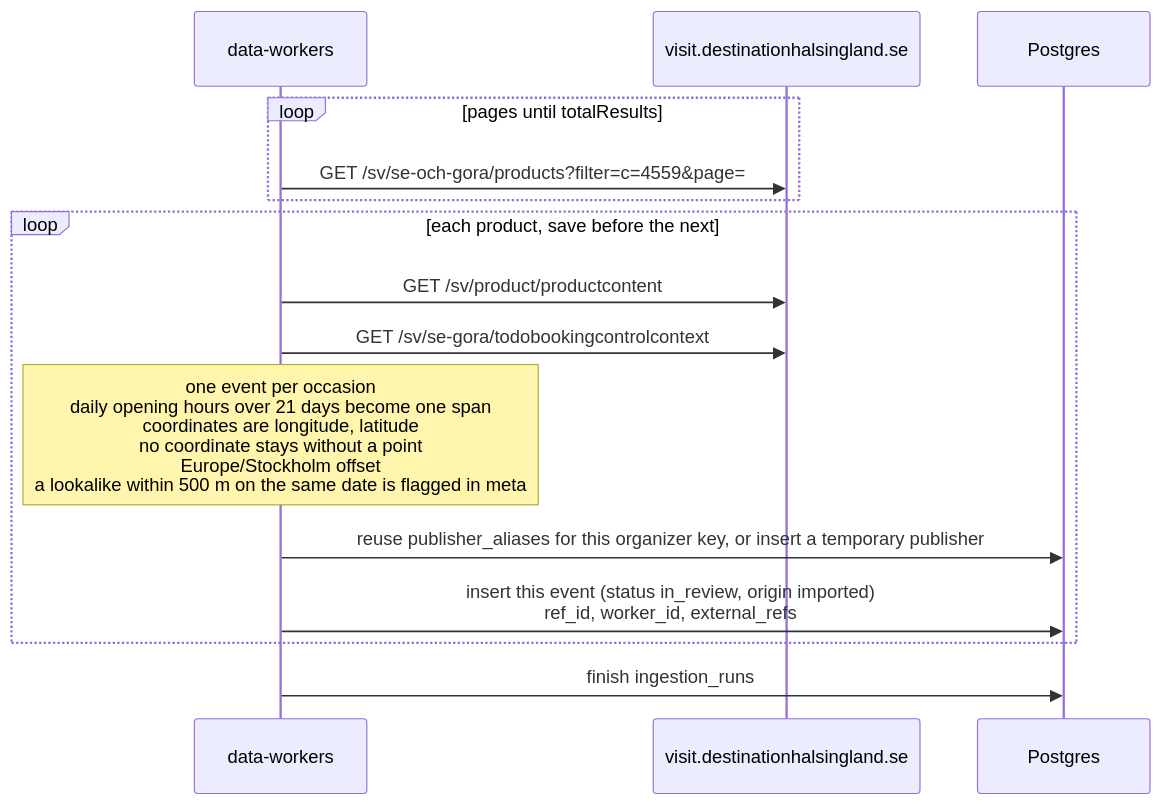
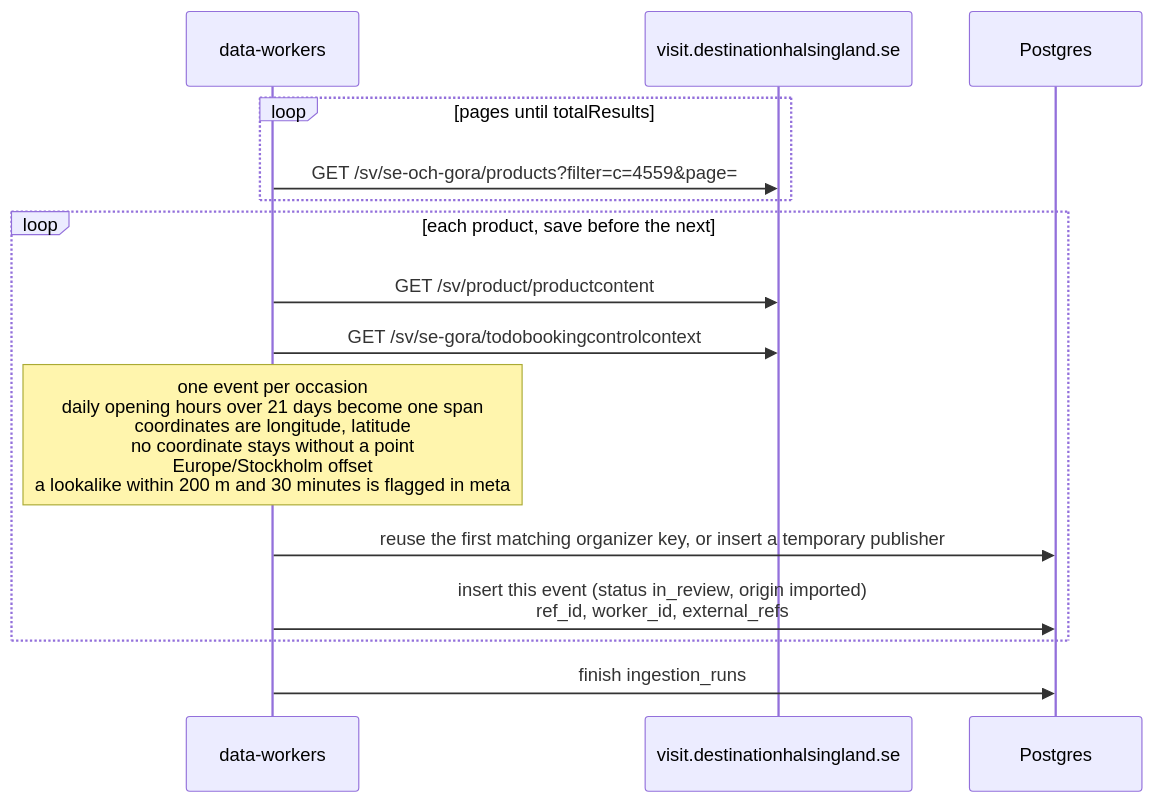
The diagram in docs/flows/destination-halsingland.md (BradleySmallbottoms/evently), drawn with Mermaid before and after one commit. The commit also changed other lines of this file and 33 other files, not shown here.

First line of the commit message:
Update event duplicate handling and organizer key management across data sources.

````diff
--- a/docs/flows/destination-halsingland.md
+++ b/docs/flows/destination-halsingland.md
@@ -35,18 +35,18 @@
 ```mermaid
 sequenceDiagram
   participant Runner as data-workers
   participant Site as visit.destinationhalsingland.se
   participant DB as Postgres
 
   loop pages until totalResults
     Runner->>Site: GET /sv/se-och-gora/products?filter=c=4559&page=
   end
   loop each product, save before the next
     Runner->>Site: GET /sv/product/productcontent
     Runner->>Site: GET /sv/se-gora/todobookingcontrolcontext
-    Note over Runner: one event per occasion<br/>daily opening hours over 21 days become one span<br/>coordinates are longitude, latitude<br/>no coordinate stays without a point<br/>Europe/Stockholm offset<br/>a lookalike within 500 m on the same date is flagged in meta
-    Runner->>DB: reuse publisher_aliases for this organizer key, or insert a temporary publisher
+    Note over Runner: one event per occasion<br/>daily opening hours over 21 days become one span<br/>coordinates are longitude, latitude<br/>no coordinate stays without a point<br/>Europe/Stockholm offset<br/>a lookalike within 200 m and 30 minutes is flagged in meta
+    Runner->>DB: reuse the first matching organizer key, or insert a temporary publisher
     Runner->>DB: insert this event (status in_review, origin imported)<br/>ref_id, worker_id, external_refs
   end
   Runner->>DB: finish ingestion_runs
 ```
````
